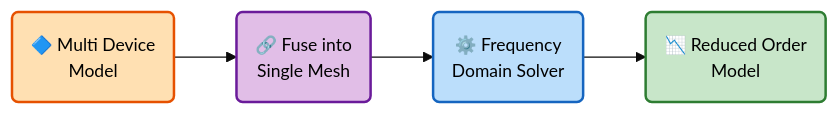
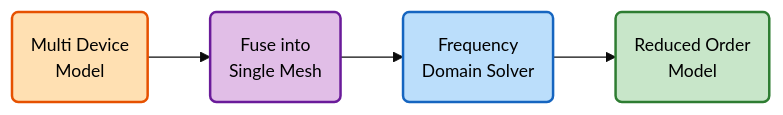
Before and after one commit to Dark-Elektron/cavsim3d: the second of 6 diagrams in docs/architecture.md, drawn with Mermaid. The commit also changed other lines of this file and 41 other files, not shown here.

````diff
--- a/docs/architecture.md
+++ b/docs/architecture.md
@@ -20,9 +20,9 @@
 ```mermaid
 %%{init: {'theme': 'base', 'themeVariables': {'fontSize': '14px'}}}%%
 graph LR
-    A2("🔷 Multi Device<br/>Model"):::input --> B2("🔗 Fuse into<br/>Single Mesh"):::concat --> C2("⚙️ Frequency<br/>Domain Solver"):::process --> D2("📉 Reduced Order<br/>Model"):::output
+    A2("Multi Device<br/>Model"):::input --> B2("Fuse into<br/>Single Mesh"):::concat --> C2("Frequency<br/>Domain Solver"):::process --> D2("Reduced Order<br/>Model"):::output
     classDef input fill:#ffe0b2,stroke:#e65100,stroke-width:2px,color:#000
     classDef concat fill:#e1bee7,stroke:#6a1b9a,stroke-width:2px,color:#000
     classDef process fill:#bbdefb,stroke:#1565c0,stroke-width:2px,color:#000
     classDef output fill:#c8e6c9,stroke:#2e7d32,stroke-width:2px,color:#000
 ```
````
